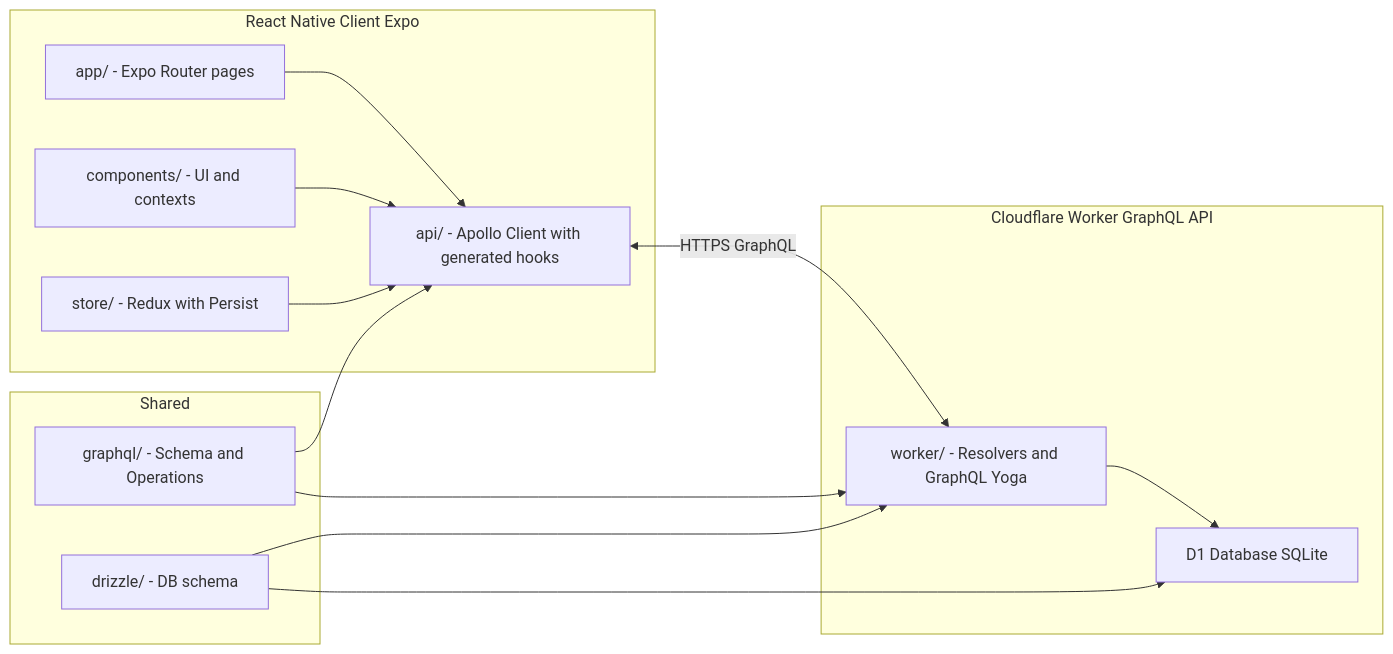
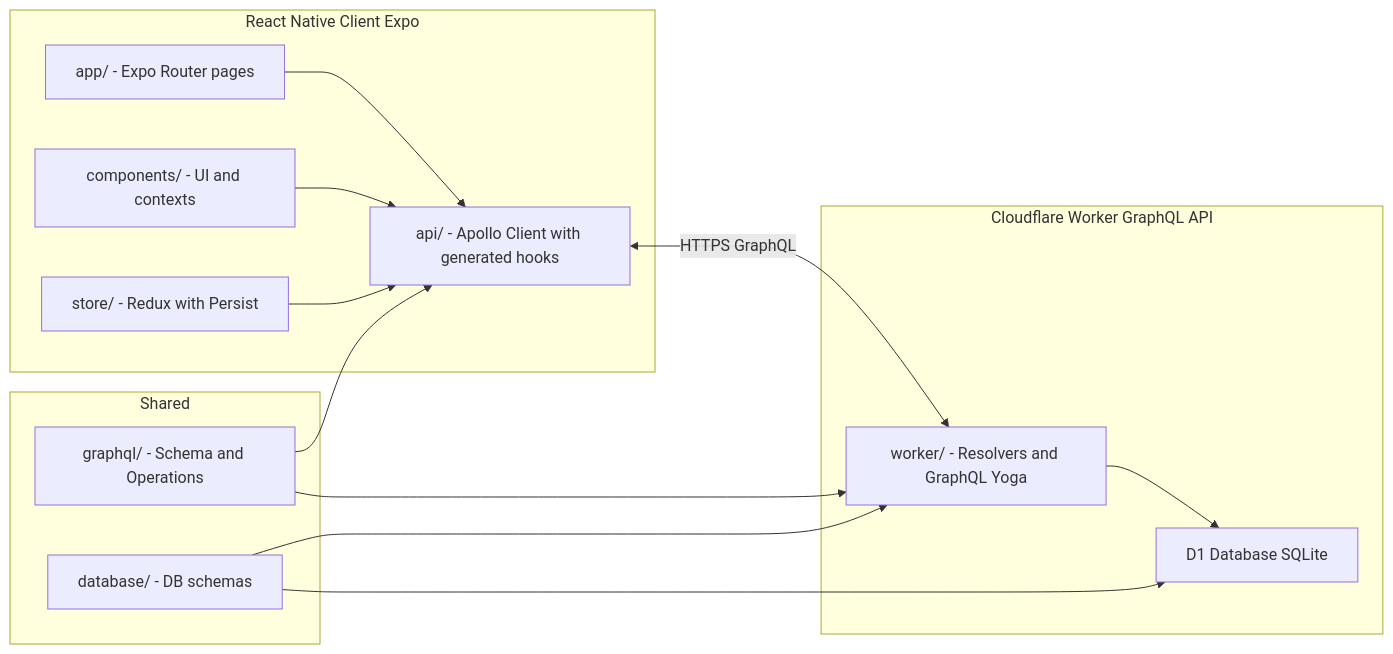
One commit to mehotkhan/safarnak.app changed the first of 5 diagrams in README.md. Above: the diagram before and after it, drawn with Mermaid. The commit also changed other lines of this file and 3 other files, not shown here.

````diff
--- a/README.md
+++ b/README.md
@@ -55,29 +55,29 @@
 ```mermaid
 flowchart LR
   subgraph Client["React Native Client Expo"]
     A["app/ - Expo Router pages"]
     B["components/ - UI and contexts"]
     C["store/ - Redux with Persist"]
     D["api/ - Apollo Client with generated hooks"]
   end
 
   subgraph Shared["Shared"]
     E["graphql/ - Schema and Operations"]
-    F["drizzle/ - DB schema"]
+    F["database/ - DB schemas"]
   end
 
   subgraph Worker["Cloudflare Worker GraphQL API"]
     G["worker/ - Resolvers and GraphQL Yoga"]
     H["D1 Database SQLite"]
   end
 
   A --> D
   B --> D
   C --> D
   D <-->|HTTPS GraphQL| G
   G --> H
   E --> D
   E --> G
   F --> G
   F --> H
 ```
````
